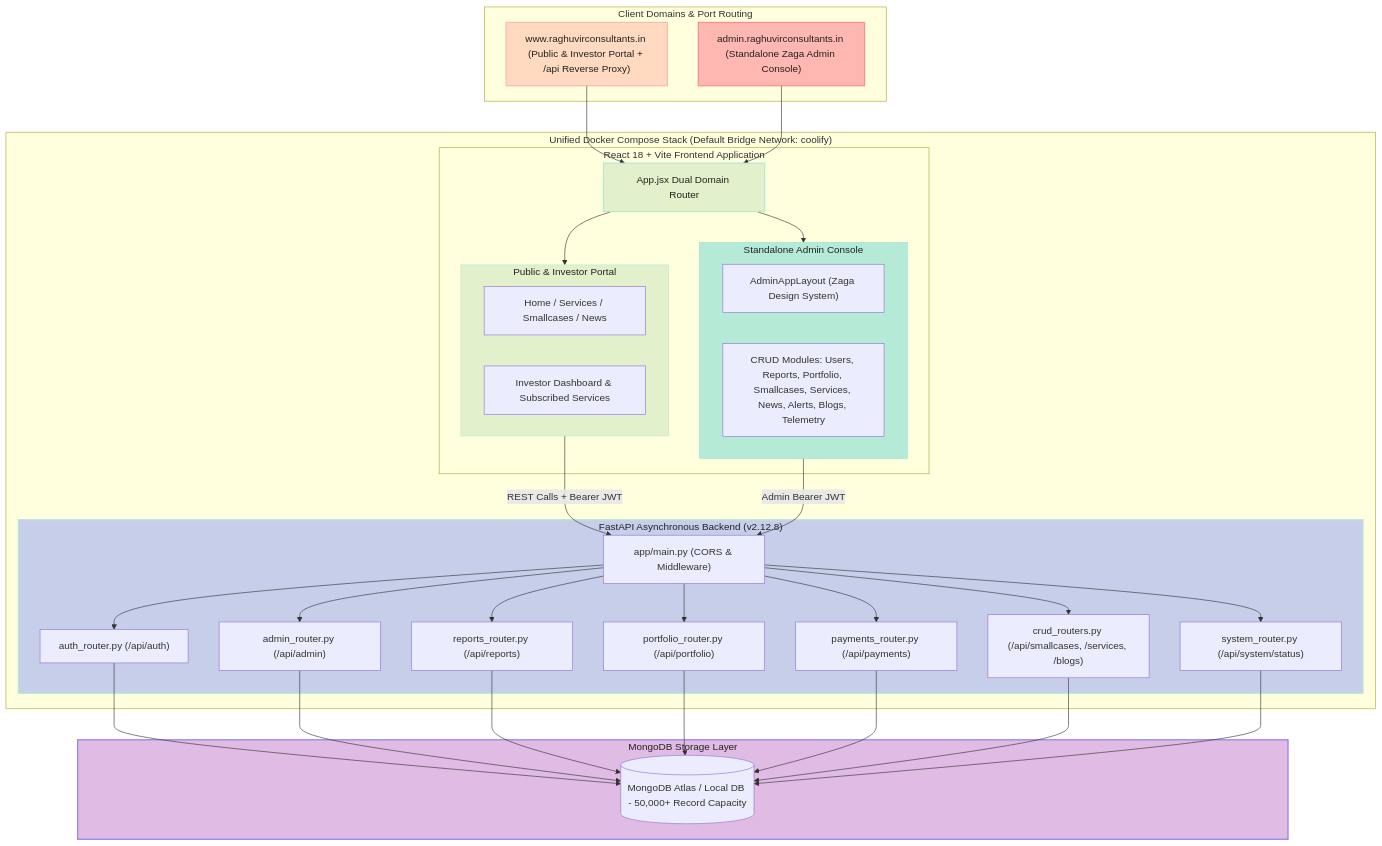
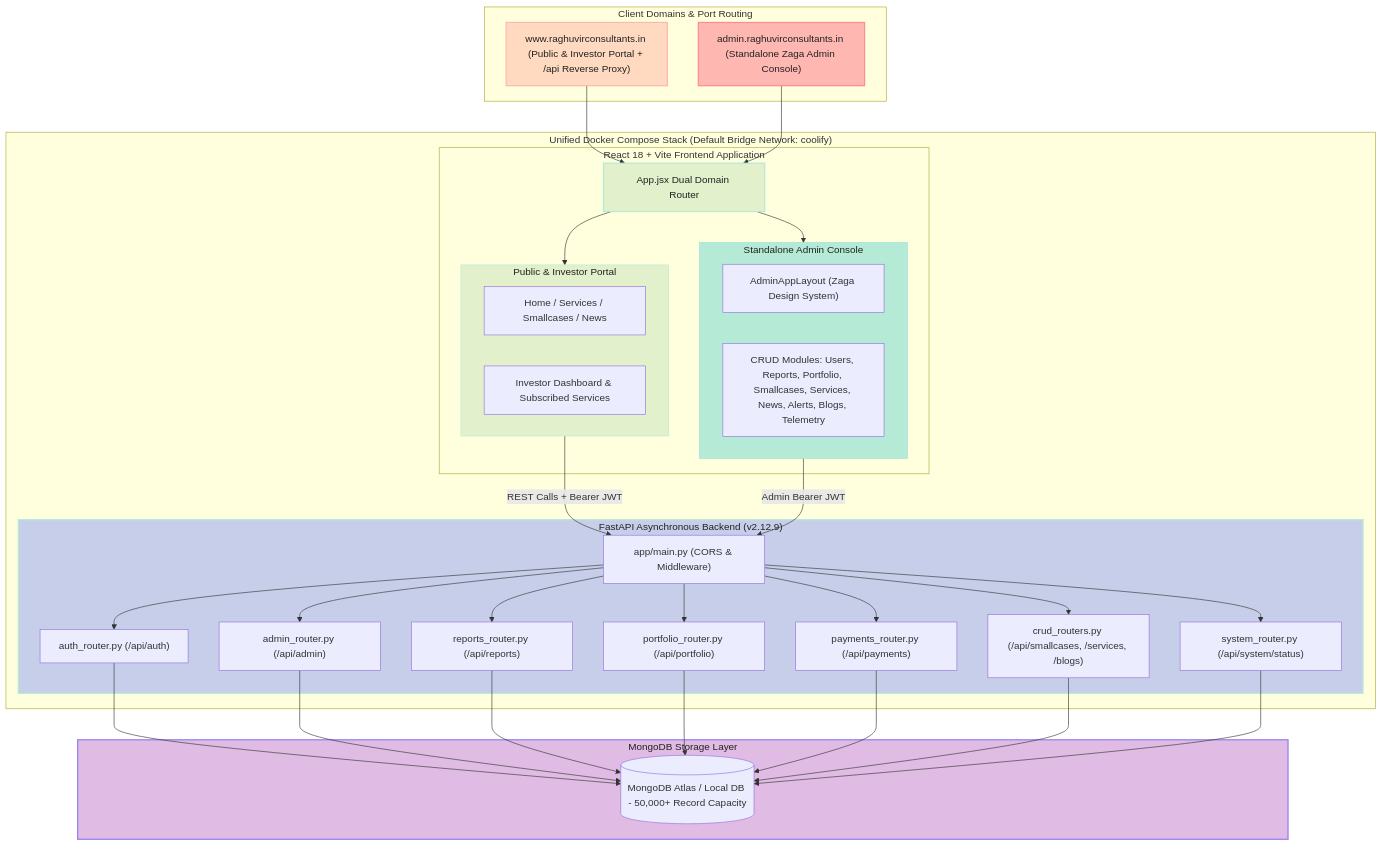
The first of 2 diagrams in backend/docs/ARCHITECTURE.md (tejasrsuthar/raghuvirconsultants-site), drawn with Mermaid before and after one commit. The commit also changed other lines of this file and 9 other files, not shown here.

````diff
--- a/backend/docs/ARCHITECTURE.md
+++ b/backend/docs/ARCHITECTURE.md
@@ -14,72 +14,72 @@
 ```mermaid
 graph TD
     subgraph ClientDomains["Client Domains & Port Routing"]
         PublicDomain["www.raghuvirconsultants.in (Public & Investor Portal + /api Reverse Proxy)"]
         AdminDomain["admin.raghuvirconsultants.in (Standalone Zaga Admin Console)"]
     end
 
     subgraph ComposeStack["Unified Docker Compose Stack (Default Bridge Network: coolify)"]
         subgraph ReactFrontend["React 18 + Vite Frontend Application"]
             AppRouter["App.jsx Dual Domain Router"]
             
             subgraph PublicPortal["Public & Investor Portal"]
               PublicViews["Home / Services / Smallcases / News"]
               InvestorPortal["Investor Dashboard & Subscribed Services"]
             end
 
             subgraph ZagaAdmin["Standalone Admin Console"]
               AdminLayout["AdminAppLayout (Zaga Design System)"]
               AdminModules["CRUD Modules: Users, Reports, Portfolio, Smallcases, Services, News, Alerts, Blogs, Telemetry"]
             end
         end
 
-        subgraph FastAPIServer["FastAPI Asynchronous Backend (v2.12.8)"]
+        subgraph FastAPIServer["FastAPI Asynchronous Backend (v2.12.9)"]
             API["app/main.py (CORS & Middleware)"]
             AuthRouter["auth_router.py (/api/auth)"]
             AdminRouter["admin_router.py (/api/admin)"]
             ReportsRouter["reports_router.py (/api/reports)"]
             PortfolioRouter["portfolio_router.py (/api/portfolio)"]
             PaymentsRouter["payments_router.py (/api/payments)"]
             CRUDRouters["crud_routers.py (/api/smallcases, /services, /blogs)"]
             SystemRouter["system_router.py (/api/system/status)"]
         end
     end
 
     subgraph DataStore["MongoDB Storage Layer"]
         MongoDB[(MongoDB Atlas / Local DB - 50,000+ Record Capacity)]
     end
 
     PublicDomain --> AppRouter
     AdminDomain --> AppRouter
 
     AppRouter --> PublicPortal
     AppRouter --> ZagaAdmin
 
     PublicPortal -->|REST Calls + Bearer JWT| API
     ZagaAdmin -->|Admin Bearer JWT| API
 
     API --> AuthRouter
     API --> AdminRouter
     API --> ReportsRouter
     API --> PortfolioRouter
     API --> PaymentsRouter
     API --> CRUDRouters
     API --> SystemRouter
 
     AuthRouter --> MongoDB
     AdminRouter --> MongoDB
     ReportsRouter --> MongoDB
     PortfolioRouter --> MongoDB
     PaymentsRouter --> MongoDB
     CRUDRouters --> MongoDB
     SystemRouter --> MongoDB
 
     %% Pastel Color Palette Styling
     style PublicDomain fill:#FFDAC1,stroke:#FFB7B2,stroke-width:2px,color:#222;
     style AdminDomain fill:#FFB7B2,stroke:#FF8B94,stroke-width:2px,color:#222;
     style AppRouter fill:#E2F0CB,stroke:#B5EAD7,stroke-width:2px,color:#222;
     style PublicPortal fill:#E2F0CB,stroke:#B5EAD7,stroke-width:1px,color:#222;
     style ZagaAdmin fill:#B5EAD7,stroke:#93E1D8,stroke-width:1px,color:#222;
     style FastAPIServer fill:#C7CEEA,stroke:#B5EAD7,stroke-width:2px,color:#222;
     style DataStore fill:#E0BBE4,stroke:#957FEF,stroke-width:2px,color:#222;
 ```
````
